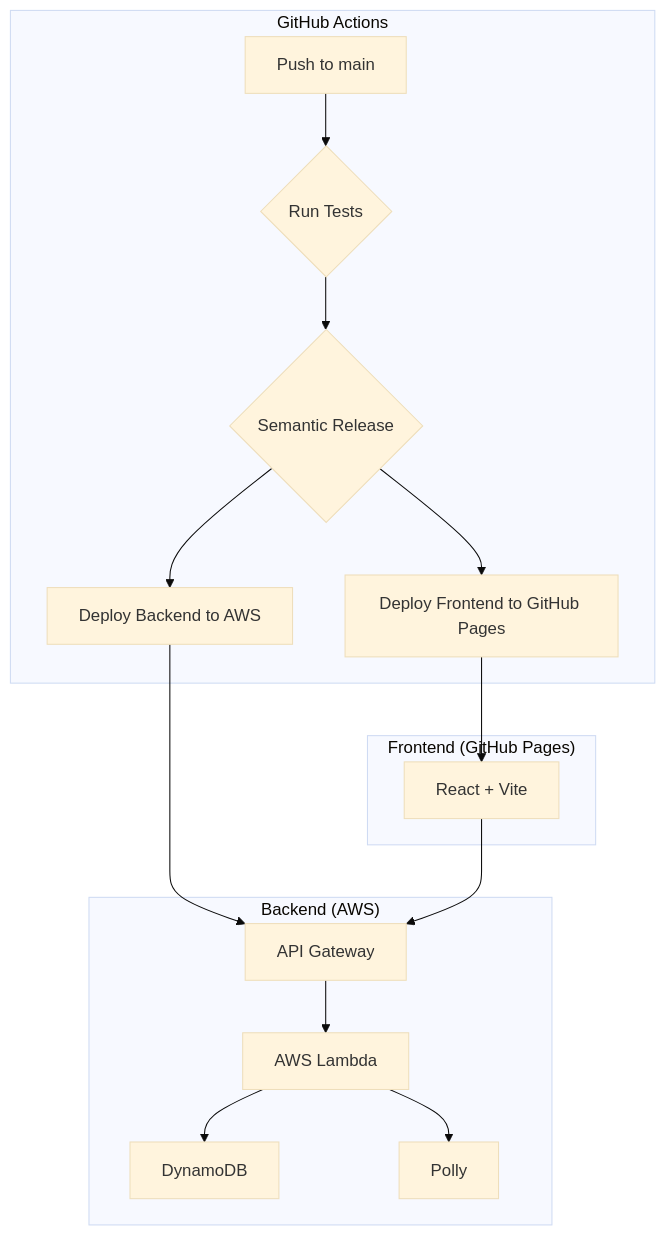
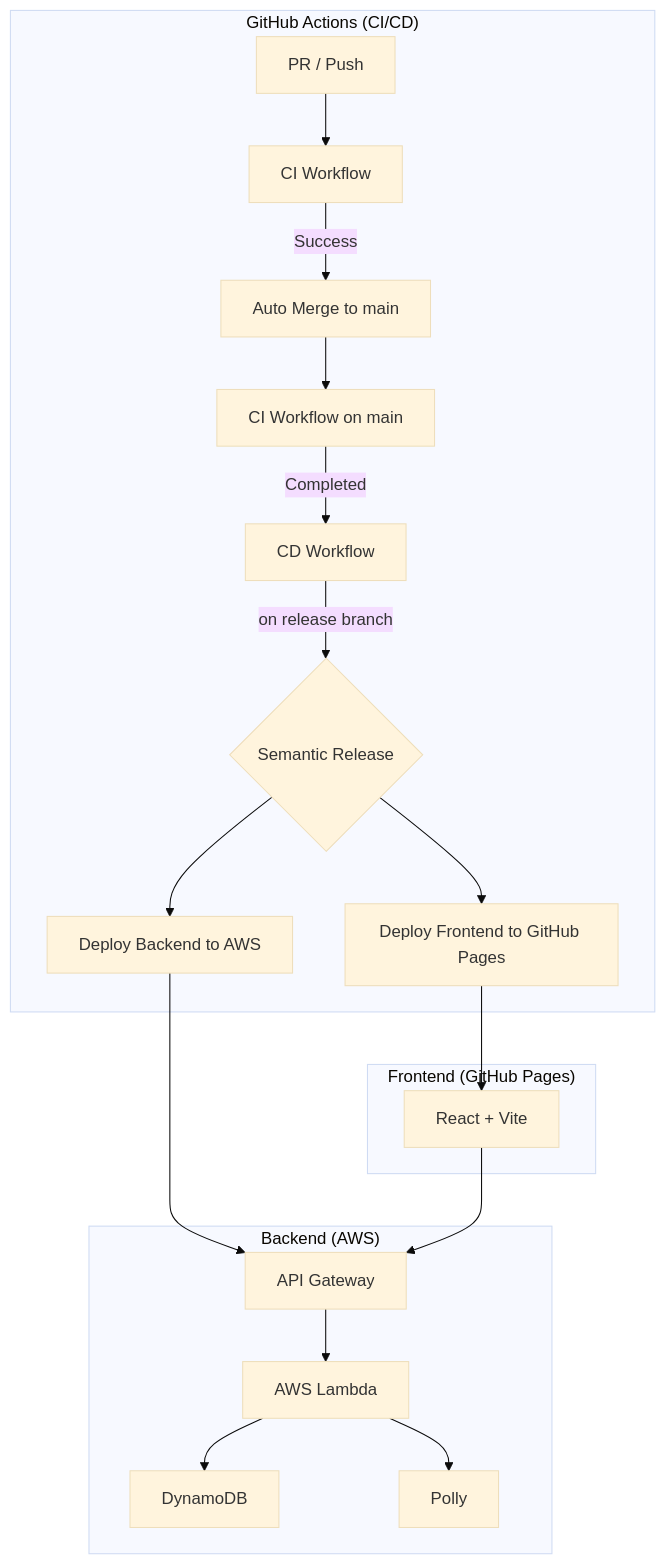
Before and after one commit to bamiyanapp/karuta: the diagram in README.md, drawn with Mermaid (base theme). The commit also changed other lines of this file, not shown here.

````diff
--- a/README.md
+++ b/README.md
@@ -21,24 +21,27 @@
 ```mermaid
 graph TD
-    subgraph "GitHub Actions"
-        A[Push to main] --> B{Run Tests};
-        B --> C{Semantic Release};
-        C --> D[Deploy Frontend to GitHub Pages];
-        C --> E[Deploy Backend to AWS];
+    subgraph "GitHub Actions (CI/CD)"
+        A[PR / Push] --> B[CI Workflow];
+        B -->|Success| C[Auto Merge to main];
+        C --> D[CI Workflow on main];
+        D -->|Completed| E[CD Workflow];
+        E -->|on release branch| F{Semantic Release};
+        F --> G[Deploy Frontend to GitHub Pages];
+        F --> H[Deploy Backend to AWS];
     end
 
     subgraph "Frontend (GitHub Pages)"
-        F[React + Vite]
+        I[React + Vite]
     end
 
     subgraph "Backend (AWS)"
-        G[API Gateway] --> H[AWS Lambda];
-        H --> I[DynamoDB];
-        H --> J[Polly];
+        J[API Gateway] --> K[AWS Lambda];
+        K --> L[DynamoDB];
+        K --> M[Polly];
     end
 
 
-    D --> F;
-    E --> G;
-    F --> G;
+    G --> I;
+    H --> J;
+    I --> J;
 ```
````
